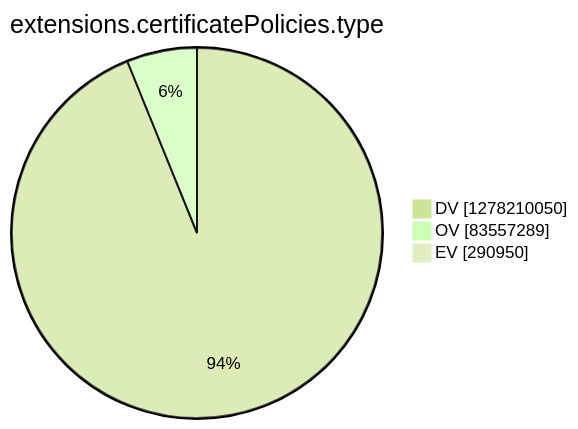
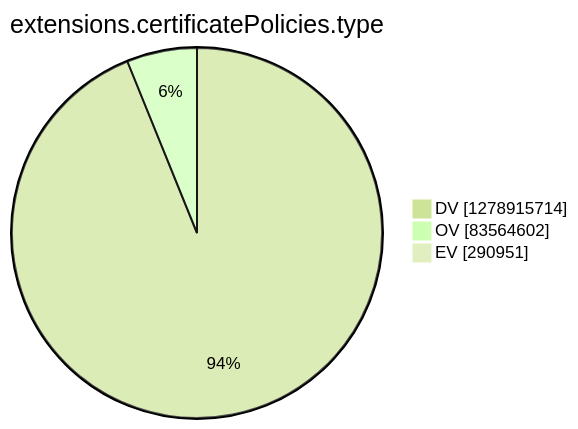
The tenth of 15 diagrams in argon2022/README.md (christiankrug/ctmonitor_visualization), drawn with Mermaid (forest theme) before and after one commit. The commit also changed other lines of this file, not shown here.

````diff
--- a/argon2022/README.md
+++ b/argon2022/README.md
@@ -2771,7 +2771,7 @@
 ```mermaid
 pie showData
 title extensions.certificatePolicies.type
-"DV" :1278210050
-"OV" :83557289
-"EV" :290950
+"DV" :1278915714
+"OV" :83564602
+"EV" :290951
 ```
````
